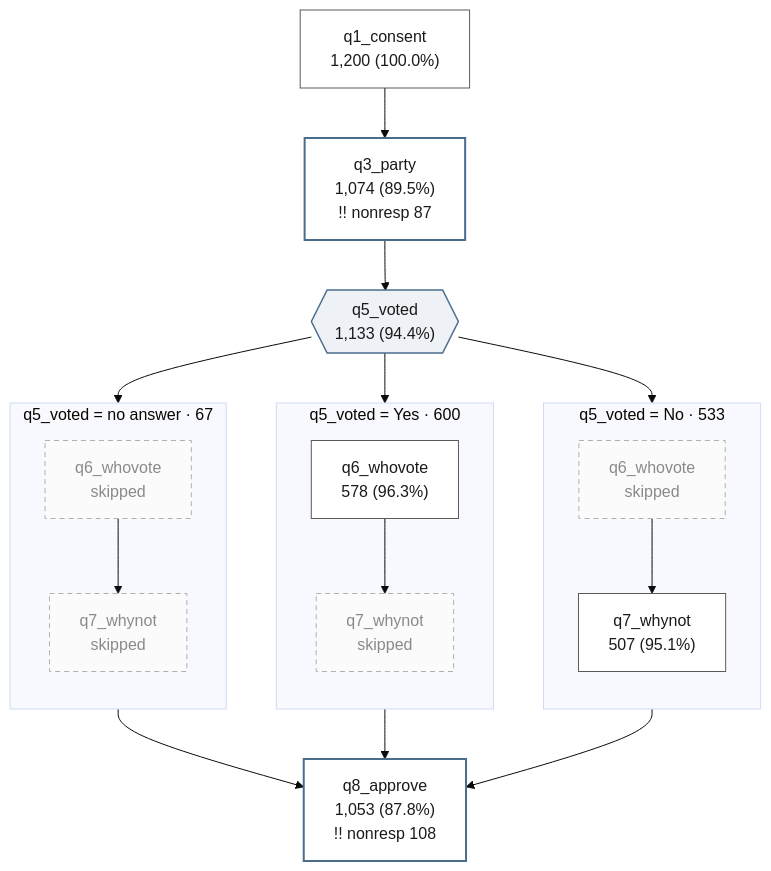
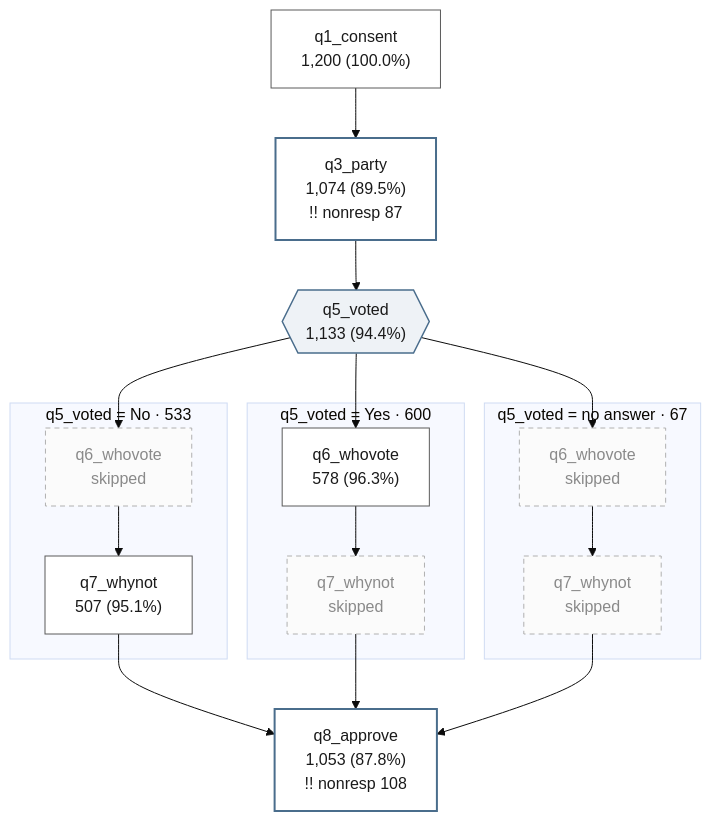
One commit to ericabooth/surveymap-stata-public changed the second of 2 diagrams in README.md. Above: the diagram before and after it, drawn with Mermaid (base theme). The commit also changed other lines of this file and 30 other files, not shown here.

````diff
--- a/README.md
+++ b/README.md
@@ -196,44 +196,41 @@
 ```mermaid
 flowchart TB
   accTitle: surveymap flow of the vote-turnout branch
   accDescr {
     1,200 respondents, 6 items, 1 gate. Items run top to bottom in questionnaire order; a gate fans the sample into lanes that rejoin the spine at the end of its segment. A dashed node is a cell the lane was routed around. Two exclamation marks flag a warning.
   }
   classDef default fill:#ffffff,stroke:#5a5a5a,color:#1a1a1a,stroke-width:1px;
   classDef smghost fill:#fbfbfb,stroke:#b0b0b0,stroke-dasharray: 5 4,color:#8a8a8a,stroke-width:1px;
   classDef smwarn fill:#ffffff,stroke:#4a6d8c,stroke-width:2px,color:#1a1a1a;
   classDef smgate fill:#eef2f6,stroke:#4a6d8c,stroke-width:1.5px,color:#1a1a1a;
   n1["q1_consent<br/>1,200 (100.0%)"]
   n2["q3_party<br/>1,074 (89.5%)<br/>!! nonresp 87"]
   n3{{"q5_voted<br/>1,133 (94.4%)"}}
   subgraph SG3x1["q5_voted = No · 533"]
-    direction TB
   n4v1["q6_whovote<br/>skipped"]
   n5v1["q7_whynot<br/>507 (95.1%)"]
   end
   subgraph SG3x2["q5_voted = Yes · 600"]
-    direction TB
   n4v2["q6_whovote<br/>578 (96.3%)"]
   n5v2["q7_whynot<br/>skipped"]
   end
   subgraph SG3x3["q5_voted = no answer · 67"]
-    direction TB
   n4v3["q6_whovote<br/>skipped"]
   n5v3["q7_whynot<br/>skipped"]
   end
   n6["q8_approve<br/>1,053 (87.8%)<br/>!! nonresp 108"]
   n1 --> n2
   n2 --> n3
   n3 --> n4v1
   n4v1 --> n5v1
   n5v1 --> n6
   n3 --> n4v2
   n4v2 --> n5v2
   n5v2 --> n6
   n3 --> n4v3
   n4v3 --> n5v3
   n5v3 --> n6
   class n3 smgate;
   class n4v1,n5v2,n4v3,n5v3 smghost;
   class n2,n6 smwarn;
 ```
````
